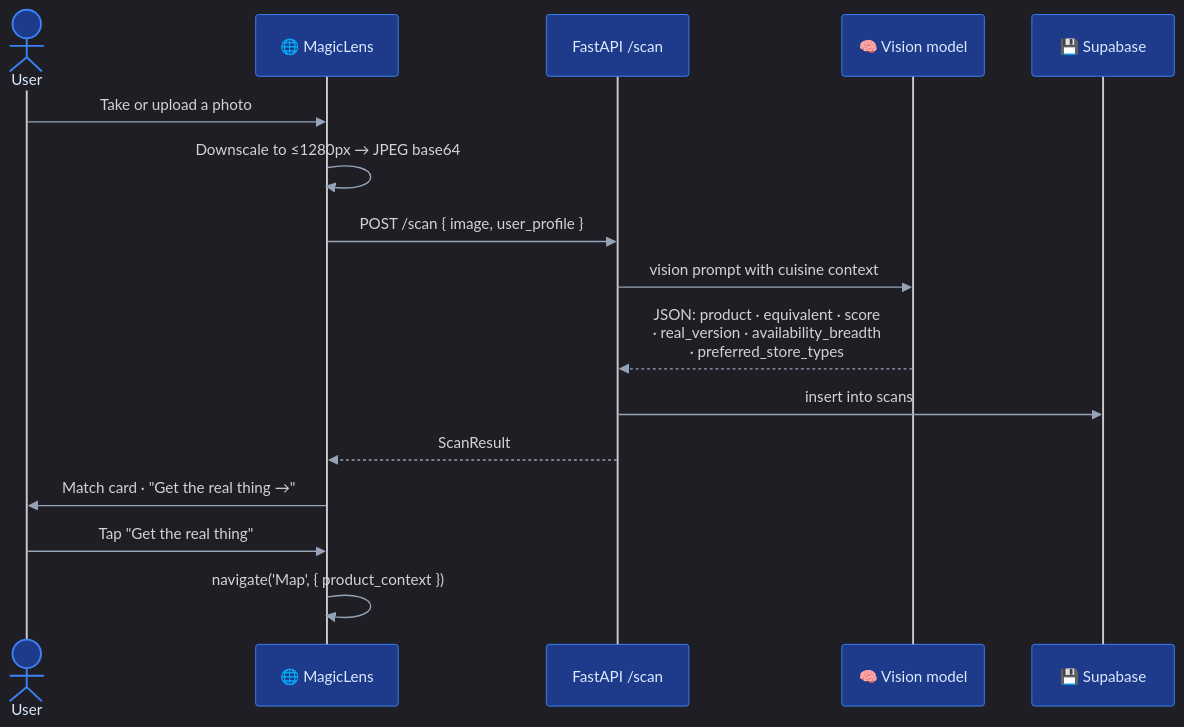
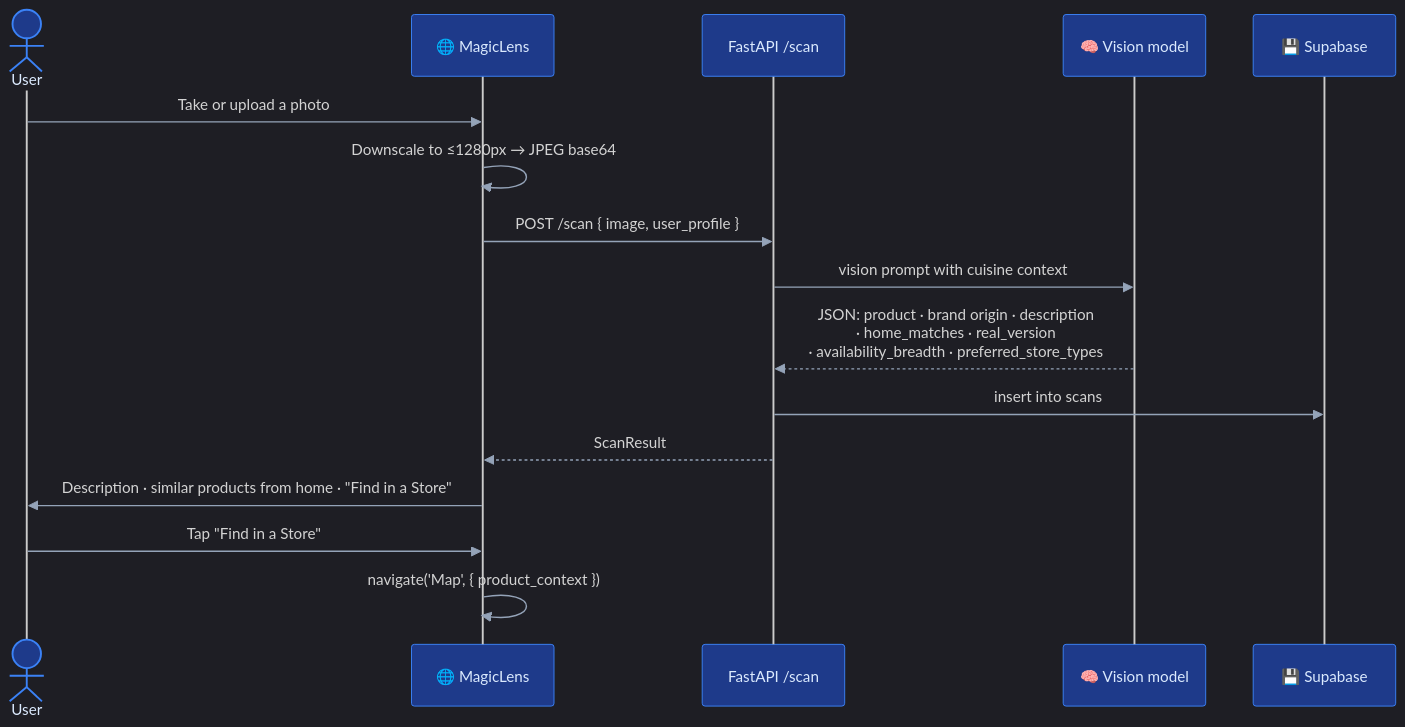
Before and after one commit to miriamcontinodesign/HomeCart: the second of 5 diagrams in README.md, drawn with Mermaid. The commit also changed 2 other files, not shown here.

Commit message:
Rework Magic Lens results: description, brand origin, matches from home
- Description under the title explains what the product is and how it's used
- Brand shows its country of origin in brackets
- "Similar from <home country>": 1-3 home products, each with a match score
  and how to use the scanned product in its place (replaces the single
  score circle; older scans fall back to the previous layout)
- "Get the real thing" is now "Find in a Store"

````diff
--- a/README.md
+++ b/README.md
@@ -100,20 +100,20 @@
 ```mermaid
 %%{init: {'theme':'dark', 'themeVariables': {'fontSize':'13px', 'fontFamily':'-apple-system, system-ui, sans-serif', 'actorBkg':'#1E3A8A', 'actorBorder':'#3B82F6', 'actorTextColor':'#DBEAFE', 'noteBkgColor':'#1F2937', 'noteBorderColor':'#475569', 'signalColor':'#94A3B8'}}}%%
 sequenceDiagram
     actor User
     participant App as 🌐 MagicLens
     participant API as FastAPI /scan
     participant LLM as 🧠 Vision model
     participant DB as 💾 Supabase
 
     User->>App: Take or upload a photo
     App->>App: Downscale to ≤1280px → JPEG base64
     App->>API: POST /scan { image, user_profile }
     API->>LLM: vision prompt with cuisine context
-    LLM-->>API: JSON: product · equivalent · score<br/>· real_version · availability_breadth<br/>· preferred_store_types
+    LLM-->>API: JSON: product · brand origin · description<br/>· home_matches · real_version<br/>· availability_breadth · preferred_store_types
     API->>DB: insert into scans
     API-->>App: ScanResult
-    App->>User: Match card · "Get the real thing →"
-    User->>App: Tap "Get the real thing"
+    App->>User: Description · similar products from home · "Find in a Store"
+    User->>App: Tap "Find in a Store"
     App->>App: navigate('Map', { product_context })
 ```
````
